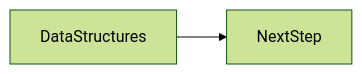
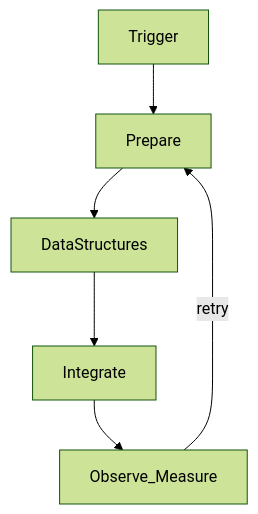
The second of 3 diagrams in docs/en/01-computer-science/data-structures/index.md (OmidJavaherii/Frontend-Engineering-Handbook), drawn with Mermaid (forest theme) before and after one commit. The commit also changed other lines of this file and 461 other files, not shown here.

````diff
--- a/docs/en/01-computer-science/data-structures/index.md
+++ b/docs/en/01-computer-science/data-structures/index.md
@@ -96,4 +172,8 @@
 ```mermaid
-flowchart LR
-  concept[DataStructures] --> nextStep[NextStep]
+flowchart TD
+  trigger[Trigger] --> prepare[Prepare]
+  prepare --> core[DataStructures]
+  core --> integrate[Integrate]
+  integrate --> observe[Observe_Measure]
+  observe -->|retry| prepare
 ```
````
